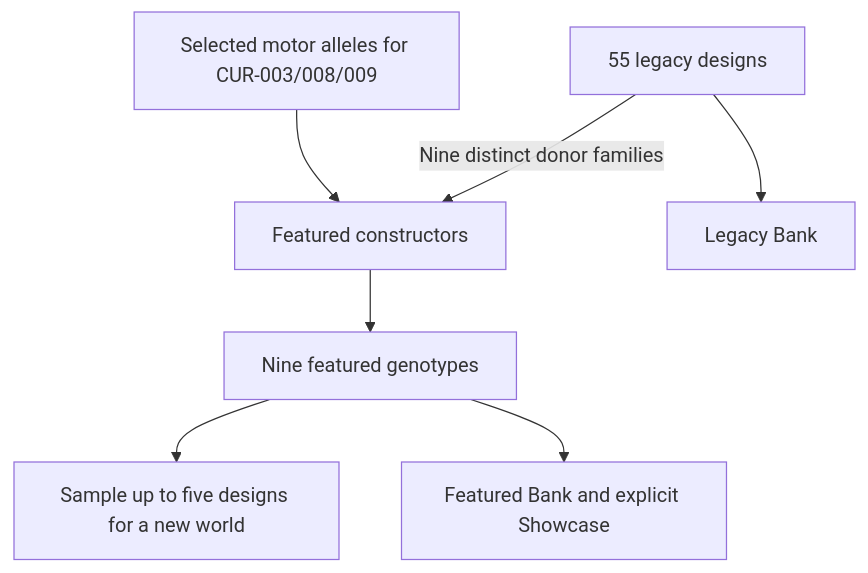
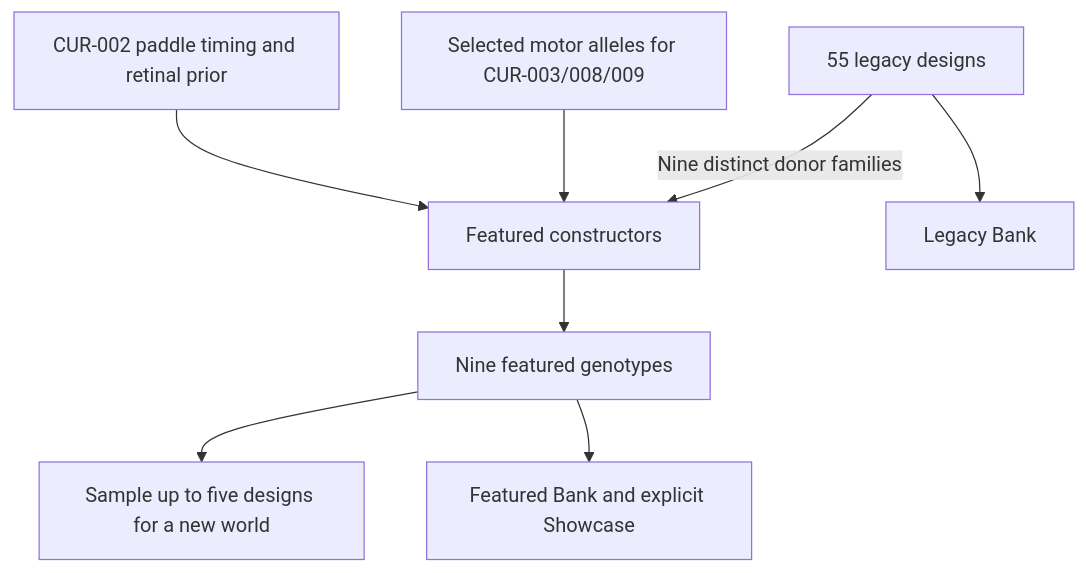
The diagram in docs/wiki/Featured-Starters.md (hernansgarro/vidAI), drawn with Mermaid before and after one commit. The commit also changed other lines of this file and 17 other files, not shown here.

````diff
--- a/docs/wiki/Featured-Starters.md
+++ b/docs/wiki/Featured-Starters.md
@@ -35,9 +36,10 @@
 ```mermaid
 flowchart TD
   L["55 legacy designs"] -->|"Nine distinct donor families"| C["Featured constructors"]
   L --> B["Legacy Bank"]
   M["Selected motor alleles for CUR-003/008/009"] --> C
+  G["CUR-002 paddle timing and retinal prior"] --> C
   C --> F["Nine featured genotypes"]
   F --> S["Sample up to five designs for a new world"]
   F --> K["Featured Bank and explicit Showcase"]
 ```
````
